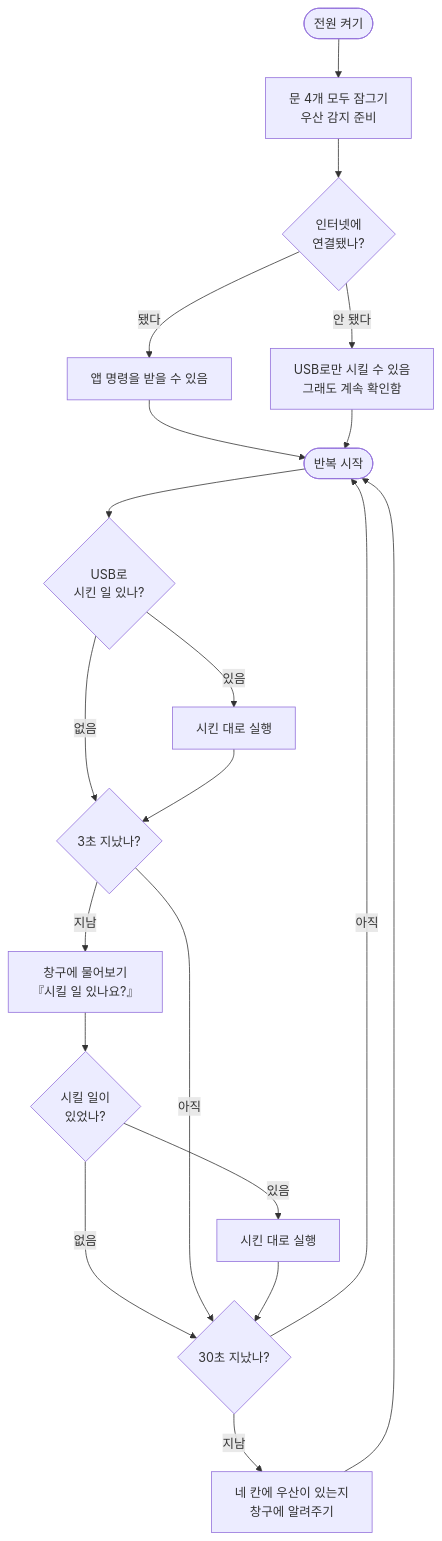
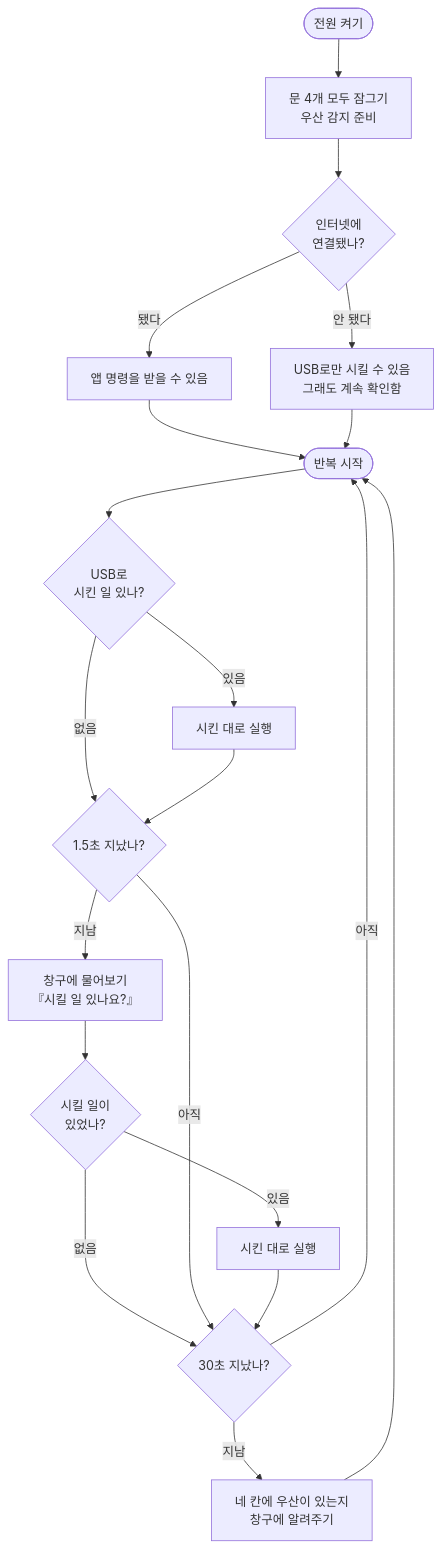
The fourth of 4 diagrams in esp32-class-projects/06_umbrella/step5_locker/flowchart.md (ralralra/eps32), drawn with Mermaid before and after one commit. The commit also changed other lines of this file and 4 other files, not shown here.

````diff
--- a/esp32-class-projects/06_umbrella/step5_locker/flowchart.md
+++ b/esp32-class-projects/06_umbrella/step5_locker/flowchart.md
@@ -82,23 +87,23 @@
 ```mermaid
 flowchart TD
     A(["전원 켜기"]) --> B["문 4개 모두 잠그기<br/>우산 감지 준비"]
     B --> C{"인터넷에<br/>연결됐나?"}
     C -- "됐다" --> D["앱 명령을 받을 수 있음"]
     C -- "안 됐다" --> E["USB로만 시킬 수 있음<br/>그래도 계속 확인함"]
     D --> F(["반복 시작"])
     E --> F
 
     F --> G{"USB로<br/>시킨 일 있나?"}
     G -- "있음" --> H["시킨 대로 실행"]
     G -- "없음" --> I
-    H --> I{"3초 지났나?"}
+    H --> I{"1.5초 지났나?"}
     I -- "지남" --> J["창구에 물어보기<br/>『시킬 일 있나요?』"]
     J --> K{"시킬 일이<br/>있었나?"}
     K -- "있음" --> H2["시킨 대로 실행"]
     K -- "없음" --> M
     I -- "아직" --> M{"30초 지났나?"}
     H2 --> M
     M -- "지남" --> N["네 칸에 우산이 있는지<br/>창구에 알려주기"]
     M -- "아직" --> F
     N --> F
 ```
````
